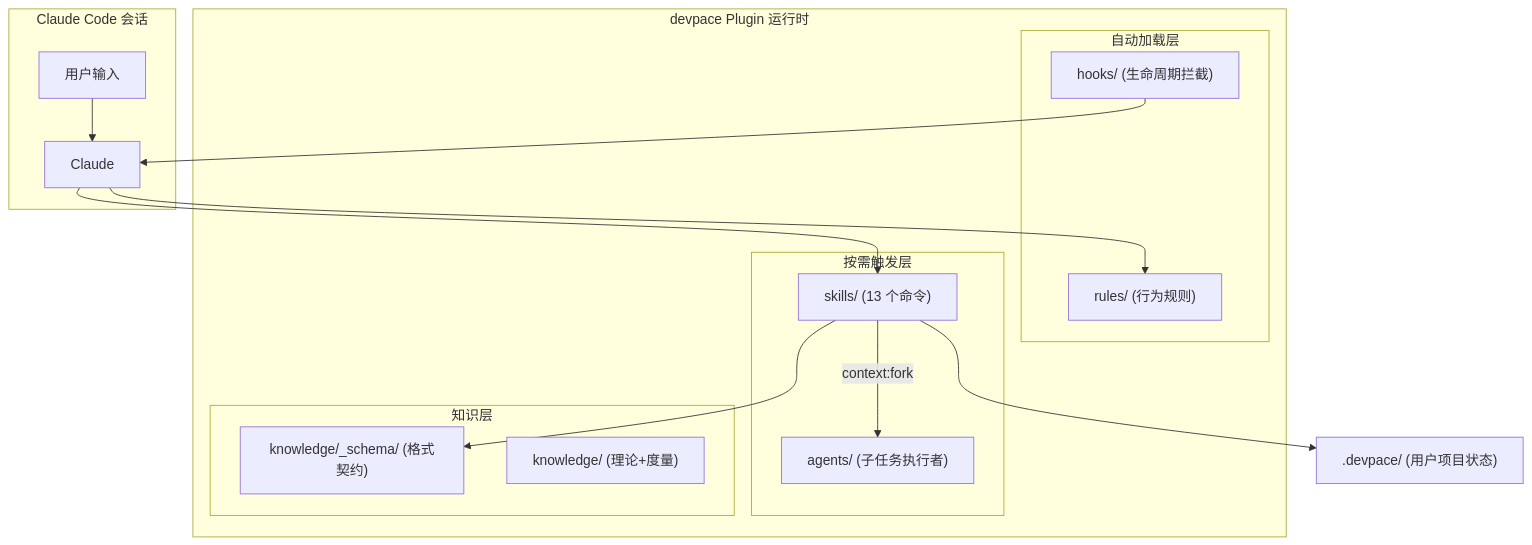
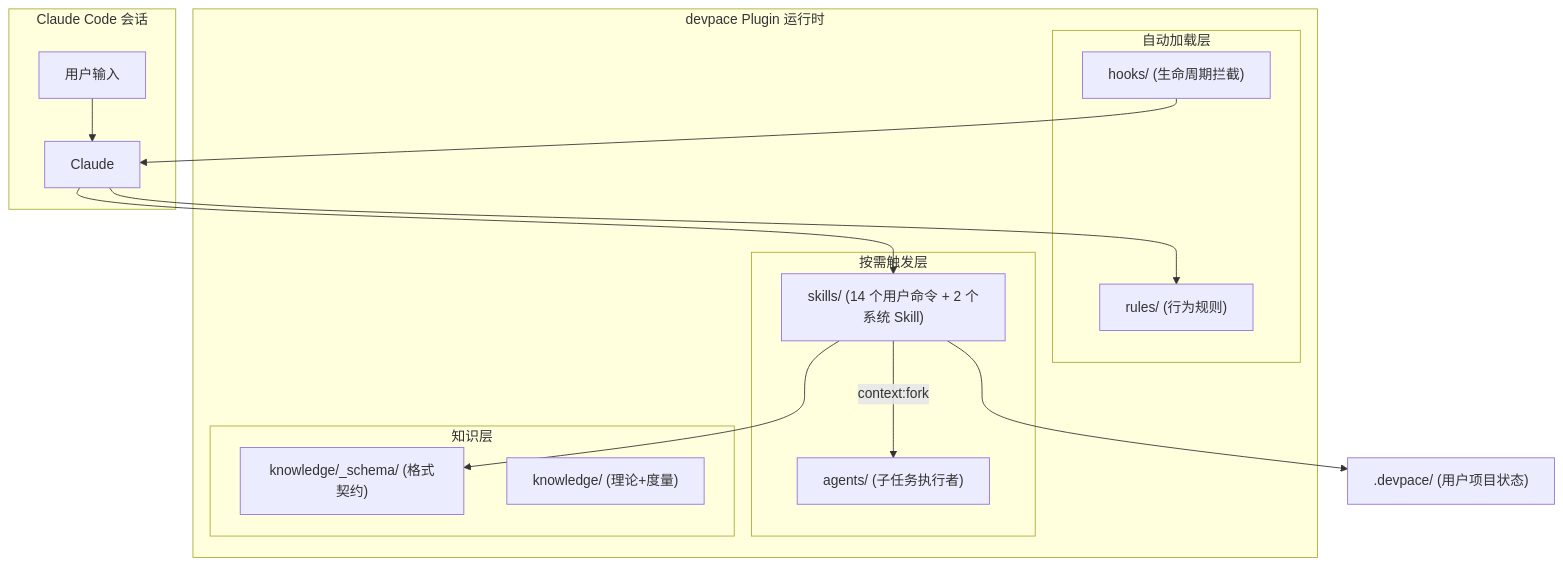
One commit to arch-team/devpace changed the second of 2 diagrams in CONTRIBUTING.md. Above: the diagram before and after it, drawn with Mermaid. The commit also changed other lines of this file and 5 other files, not shown here.

````diff
--- a/CONTRIBUTING.md
+++ b/CONTRIBUTING.md
@@ -84,26 +88,26 @@
 ```mermaid
 graph TB
     subgraph "Claude Code 会话"
         User["用户输入"] --> Claude["Claude"]
     end
     subgraph "devpace Plugin 运行时"
         subgraph "自动加载层"
             Rules["rules/ (行为规则)"]
             Hooks["hooks/ (生命周期拦截)"]
         end
         subgraph "按需触发层"
-            Skills["skills/ (13 个命令)"]
+            Skills["skills/ (14 个用户命令 + 2 个系统 Skill)"]
             Agents["agents/ (子任务执行者)"]
         end
         subgraph "知识层"
             Schema["knowledge/_schema/ (格式契约)"]
             Knowledge["knowledge/ (理论+度量)"]
         end
     end
     Claude --> Rules
     Hooks --> Claude
     Claude --> Skills
     Skills -->|"context:fork"| Agents
     Skills --> Schema
     Skills --> DevpaceDir[".devpace/ (用户项目状态)"]
 ```
````
